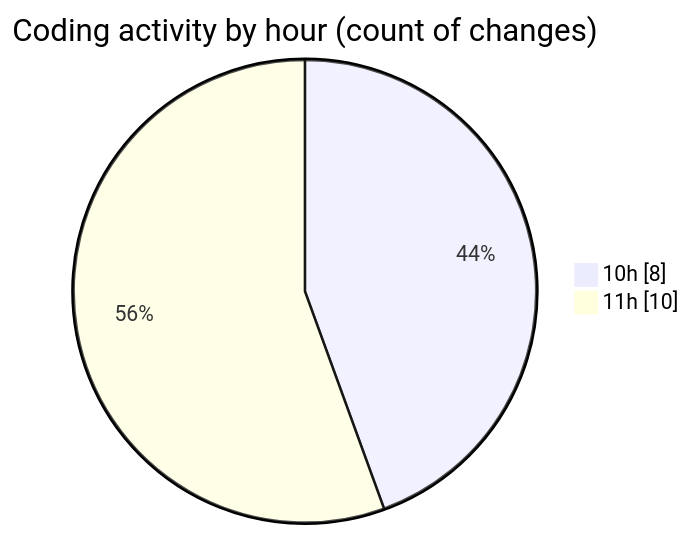
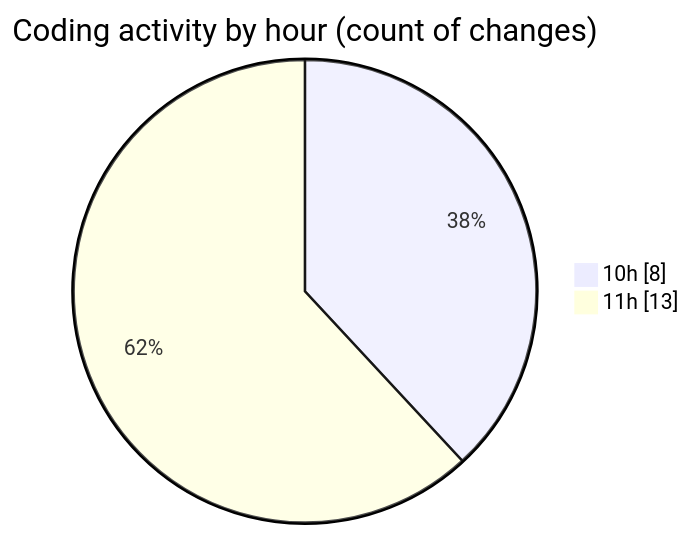
The second of 2 diagrams in 2025-08-22/nxtqube_webapp/README.md (nxtqubesakshisongat/code-tracking), drawn with Mermaid before and after one commit. The commit also changed other lines of this file and 1 other file, not shown here.

````diff
--- a/2025-08-22/nxtqube_webapp/README.md
+++ b/2025-08-22/nxtqube_webapp/README.md
@@ -28,6 +28,6 @@
 ```mermaid
 pie showData
 title Coding activity by hour (count of changes)
 "10h" : 8
-"11h" : 10
+"11h" : 13
 ```
````
